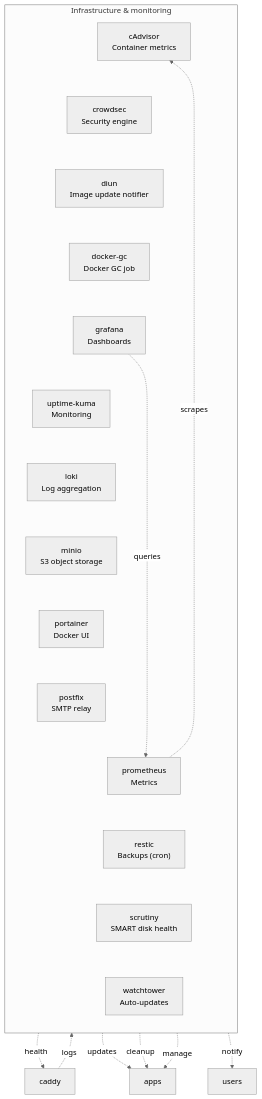
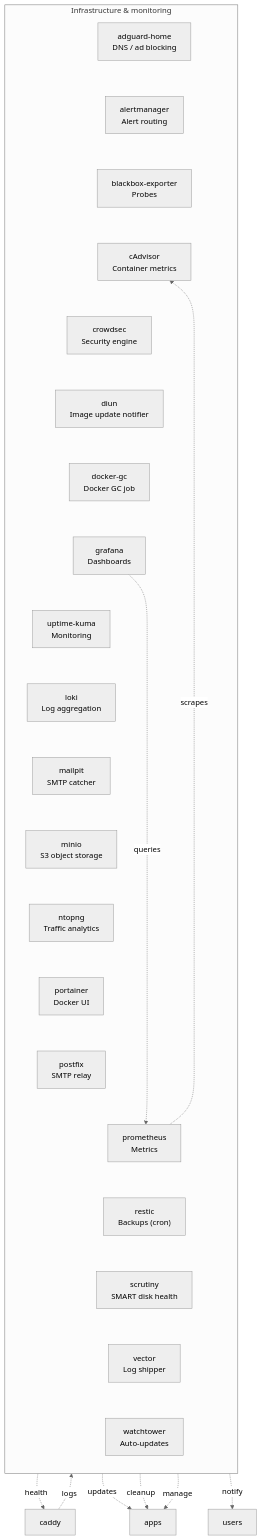
One commit to bolens/homelab changed the second of 2 diagrams in README.md. Above: the diagram before and after it, drawn with Mermaid (neutral theme). The commit also changed other lines of this file and 223 other files, not shown here.

````diff
--- a/README.md
+++ b/README.md
@@ -111,50 +114,62 @@
 ```mermaid
 %%{init: {'flowchart': {'curveStyle': 'linear'}}}%%
 flowchart TB
 
     subgraph infra["Infrastructure & monitoring"]
         direction TB
+        adguard_home["`adguard-home
+DNS / ad blocking`"]
+        alertmanager["`alertmanager
+Alert routing`"]
+        blackbox_exporter["`blackbox-exporter
+Probes`"]
         cadvisor["`cAdvisor
 Container metrics`"]
         crowdsec["`crowdsec
 Security engine`"]
         diun["`diun
 Image update notifier`"]
         dockergc["`docker-gc
 Docker GC job`"]
         grafana["`grafana
 Dashboards`"]
         kuma["`uptime-kuma
 Monitoring`"]
         loki["`loki
 Log aggregation`"]
+        mailpit["`mailpit
+SMTP catcher`"]
         minio["`minio
 S3 object storage`"]
+        ntopng["`ntopng
+Traffic analytics`"]
         portainer["`portainer
 Docker UI`"]
         postfix["`postfix
 SMTP relay`"]
         prometheus["`prometheus
 Metrics`"]
         restic["`restic
 Backups (cron)`"]
         scrutiny["`scrutiny
 SMART disk health`"]
+        vector["`vector
+Log shipper`"]
         watchtower["`watchtower
 Auto-updates`"]
     end
-    cadvisor ~~~ crowdsec ~~~ diun ~~~ dockergc ~~~ grafana ~~~ kuma ~~~ loki ~~~ minio ~~~ portainer ~~~ postfix ~~~ prometheus ~~~ restic ~~~ scrutiny ~~~ watchtower
+    adguard_home ~~~ alertmanager ~~~ blackbox_exporter ~~~ cadvisor ~~~ crowdsec ~~~ diun ~~~ dockergc ~~~ grafana ~~~ kuma ~~~ loki ~~~ mailpit ~~~ minio ~~~ ntopng ~~~ portainer ~~~ postfix ~~~ prometheus ~~~ restic ~~~ scrutiny ~~~ vector ~~~ watchtower
 
     caddy["caddy"]
     apps["apps"]
     users["users"]
 
     caddy -.->|logs| crowdsec
     kuma -.->|health| caddy
     prometheus -.->|scrapes| cadvisor
     grafana -.->|queries| prometheus
     watchtower -.->|updates| apps
     dockergc -.->|cleanup| apps
     diun -.->|notify| users
     portainer -.->|manage| apps
 ```
````
